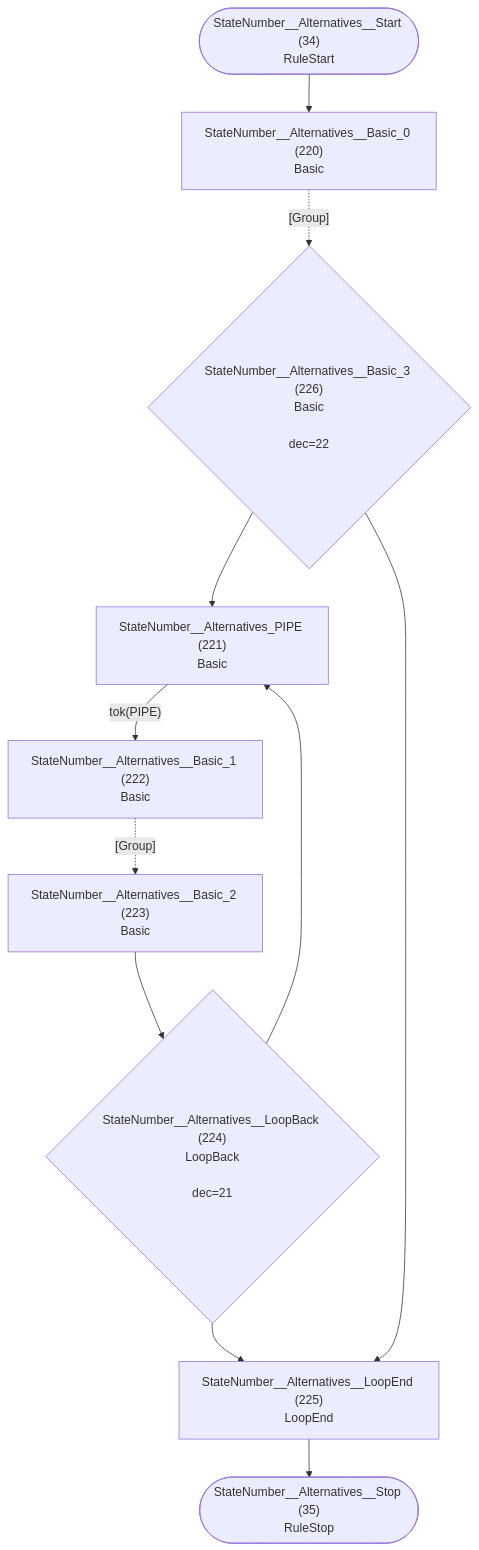
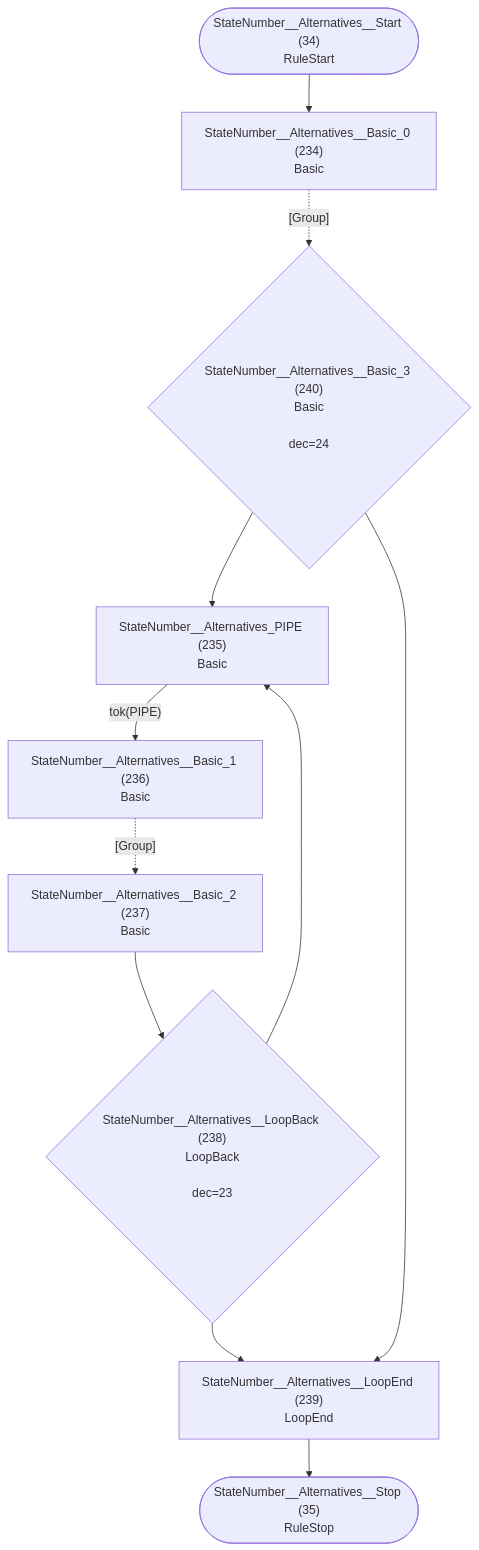
Before and after one commit to TypeFox/fastbelt: diagram 18 of 32 in internal/grammar/atn.md, drawn with Mermaid. The commit also changed other lines of this file and 21 other files, not shown here.

````diff
--- a/internal/grammar/atn.md
+++ b/internal/grammar/atn.md
@@ -516,23 +548,23 @@
 ```mermaid
 flowchart TD
     q34(["StateNumber__Alternatives__Start (34)<br/>RuleStart"])
     q35(["StateNumber__Alternatives__Stop (35)<br/>RuleStop"])
-    q220["StateNumber__Alternatives__Basic_0 (220)<br/>Basic<br/>"]
-    q221["StateNumber__Alternatives_PIPE (221)<br/>Basic<br/>"]
-    q222["StateNumber__Alternatives__Basic_1 (222)<br/>Basic<br/>"]
-    q223["StateNumber__Alternatives__Basic_2 (223)<br/>Basic<br/>"]
-    q224{"StateNumber__Alternatives__LoopBack (224)<br/>LoopBack<br/><br/>dec=21"}
-    q225["StateNumber__Alternatives__LoopEnd (225)<br/>LoopEnd<br/>"]
-    q226{"StateNumber__Alternatives__Basic_3 (226)<br/>Basic<br/><br/>dec=22"}
+    q234["StateNumber__Alternatives__Basic_0 (234)<br/>Basic<br/>"]
+    q235["StateNumber__Alternatives_PIPE (235)<br/>Basic<br/>"]
+    q236["StateNumber__Alternatives__Basic_1 (236)<br/>Basic<br/>"]
+    q237["StateNumber__Alternatives__Basic_2 (237)<br/>Basic<br/>"]
+    q238{"StateNumber__Alternatives__LoopBack (238)<br/>LoopBack<br/><br/>dec=23"}
+    q239["StateNumber__Alternatives__LoopEnd (239)<br/>LoopEnd<br/>"]
+    q240{"StateNumber__Alternatives__Basic_3 (240)<br/>Basic<br/><br/>dec=24"}
 
-    q34 --> q220
-    q220 -.->|"[Group]"| q226
-    q221 -->|"tok(PIPE)"| q222
-    q222 -.->|"[Group]"| q223
-    q223 --> q224
-    q224 --> q221
-    q224 --> q225
-    q225 --> q35
-    q226 --> q221
-    q226 --> q225
+    q34 --> q234
+    q234 -.->|"[Group]"| q240
+    q235 -->|"tok(PIPE)"| q236
+    q236 -.->|"[Group]"| q237
+    q237 --> q238
+    q238 --> q235
+    q238 --> q239
+    q239 --> q35
+    q240 --> q235
+    q240 --> q239
 ```
````
